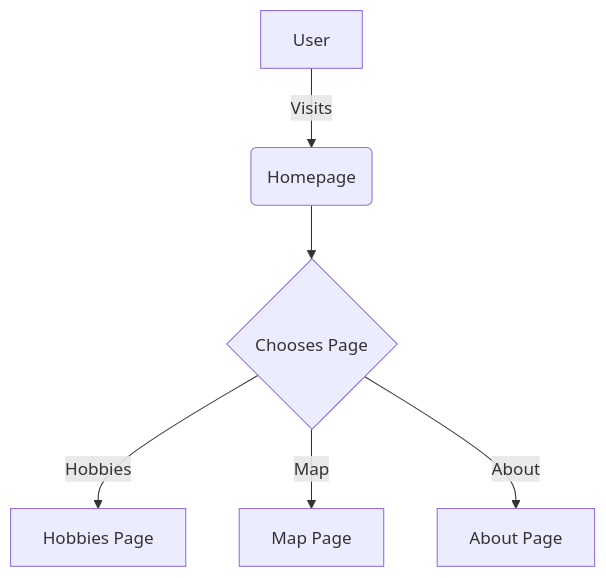
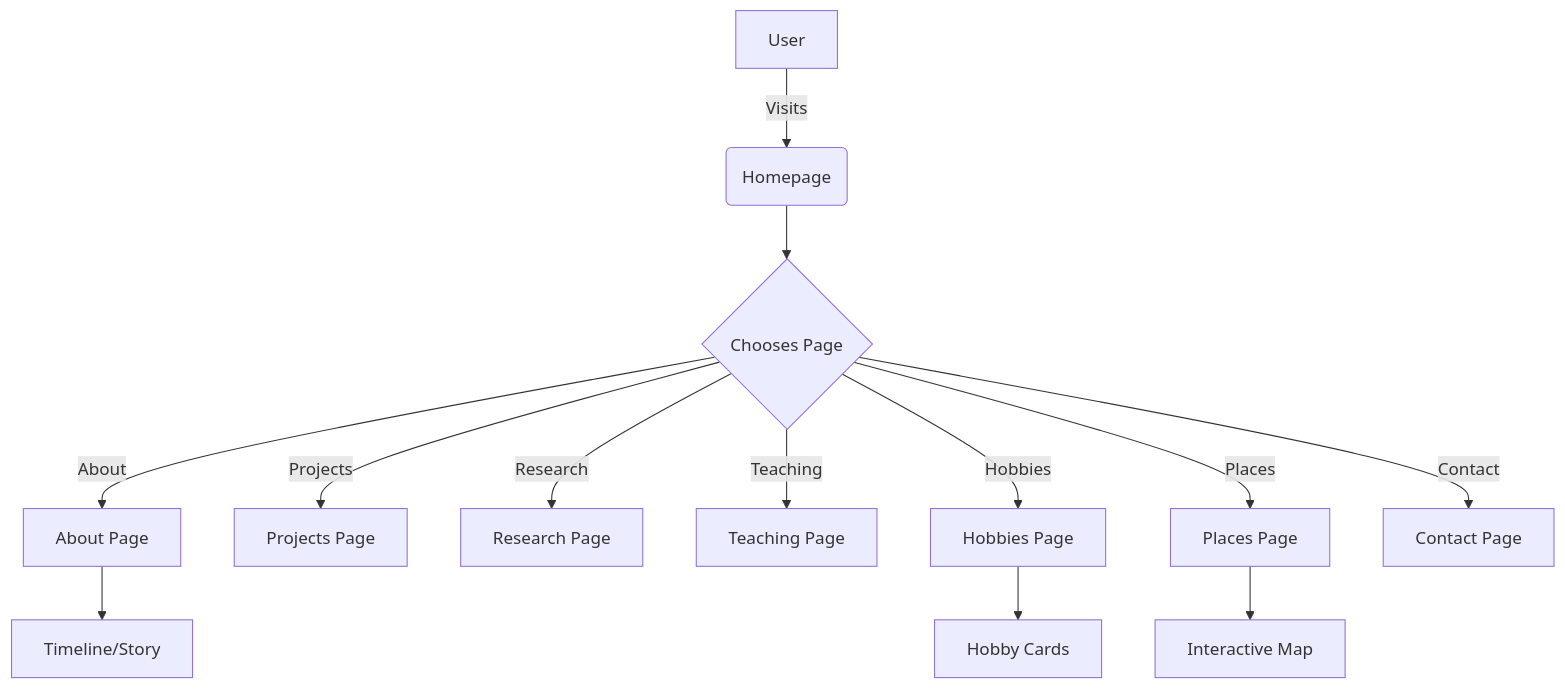
One commit to ethanvillalovoz/ethanvillalovoz-mlh-portfolio changed the diagram in README.md. Above: the diagram before and after it, drawn with Mermaid. The commit also changed other lines of this file and 4 other files, not shown here.

Commit message:
Unify site structure, update diagrams, add contributing guide, and polish documentation

````diff
--- a/README.md
+++ b/README.md
@@ -194,8 +222,15 @@
 ```mermaid
 flowchart TD
     A[User] -->|Visits| B(Homepage)
     B --> C{Chooses Page}
-    C -->|Hobbies| D[Hobbies Page]
-    C -->|Map| E[Map Page]
-    C -->|About| F[About Page]
+    C -->|About| D[About Page]
+    C -->|Projects| E[Projects Page]
+    C -->|Research| F[Research Page]
+    C -->|Teaching| G[Teaching Page]
+    C -->|Hobbies| H[Hobbies Page]
+    C -->|Places| I[Places Page]
+    C -->|Contact| J[Contact Page]
+    D --> K[Timeline/Story]
+    H --> L[Hobby Cards]
+    I --> M[Interactive Map]
 ```
````
